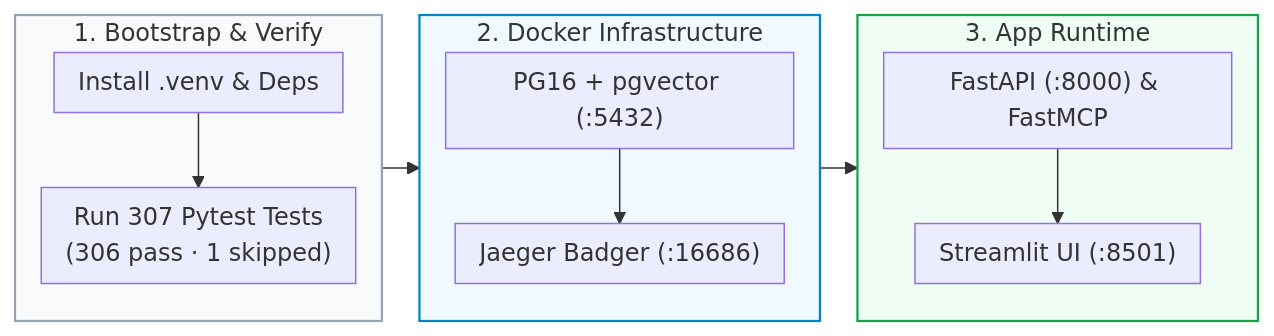
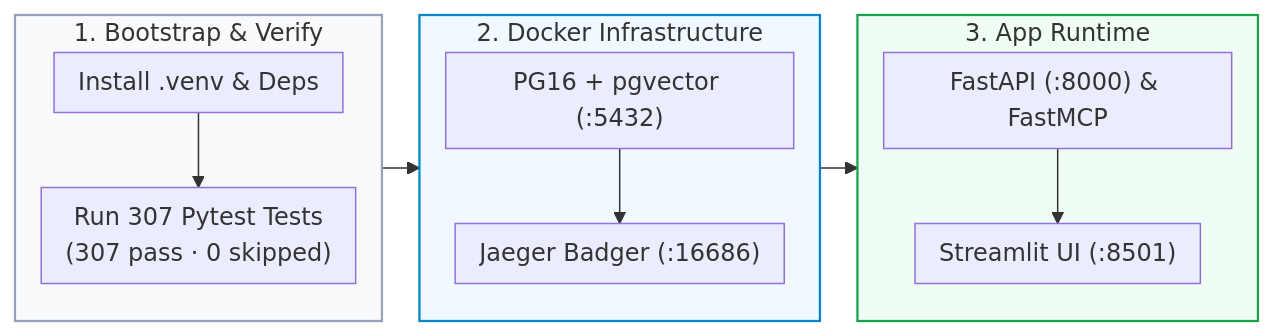
Before and after one commit to Kenono2000/enterprise-rag-pgvector-rbac: the third of 9 diagrams in README.md, drawn with Mermaid. The commit also changed other lines of this file, not shown here.

Commit message:
docs: sync README test counts to live suite (307 passed, 0 skipped, 0 warnings)

````diff
--- a/README.md
+++ b/README.md
@@ -89,20 +89,20 @@
 ```mermaid
 %%{init: {'flowchart': {'nodeSpacing': 15, 'rankSpacing': 25, 'padding': 8}}}%%
 flowchart LR
     subgraph DevBootstrap ["1. Bootstrap & Verify"]
         direction TB
-        Venv["Install .venv & Deps"] --> Pytest["Run 307 Pytest Tests<br/>(306 pass · 1 skipped)"]
+        Venv["Install .venv & Deps"] --> Pytest["Run 307 Pytest Tests<br/>(307 pass · 0 skipped)"]
     end
     subgraph Containers ["2. Docker Infrastructure"]
         direction TB
         PG16["PG16 + pgvector (:5432)"] --> Jaeger["Jaeger Badger (:16686)"]
     end
     subgraph Services ["3. App Runtime"]
         direction TB
         FastAPI["FastAPI (:8000) & FastMCP"] --> Streamlit["Streamlit UI (:8501)"]
     end
     DevBootstrap --> Containers --> Services
     style DevBootstrap fill:#f8fafc,stroke:#94a3b8,stroke-width:1.5px
     style Containers fill:#f0f9ff,stroke:#0284c7,stroke-width:1.5px
     style Services fill:#f0fdf4,stroke:#16a34a,stroke-width:1.5px
 ```
````
